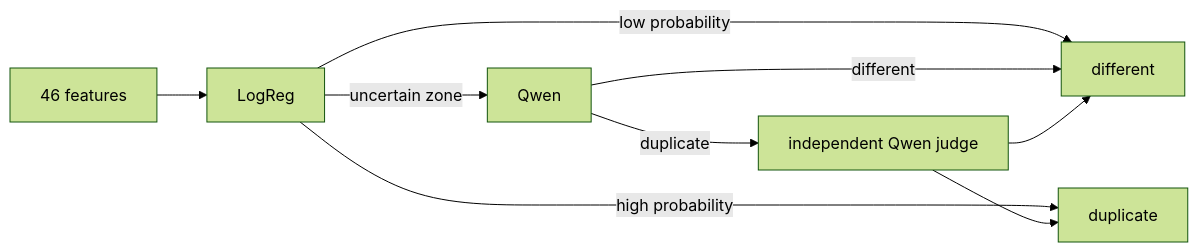
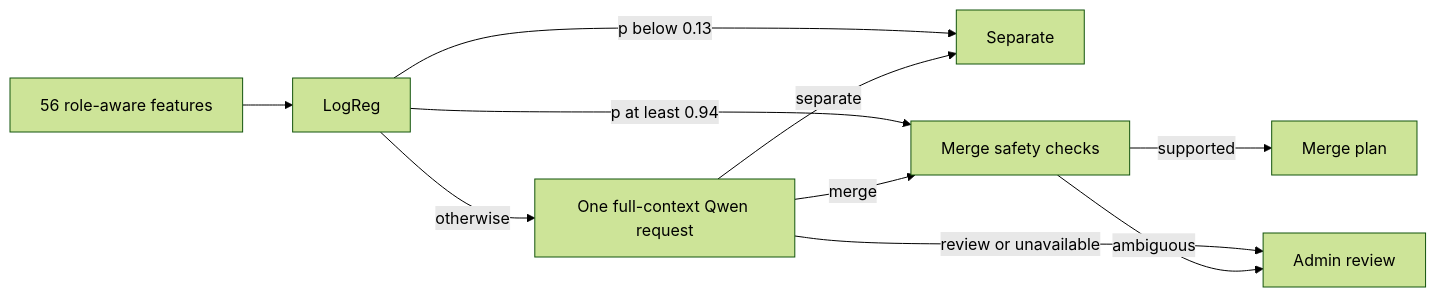
One commit to ITMO-NSS-team/PAUK changed the diagram in docs/architecture/pipeline/dedup.md. Above: the diagram before and after it, drawn with Mermaid (forest theme). The commit also changed other lines of this file and 48 other files, not shown here.

````diff
--- a/docs/architecture/pipeline/dedup.md
+++ b/docs/architecture/pipeline/dedup.md
@@ -77,11 +77,12 @@
 ```mermaid
 flowchart LR
-    A[46 features] --> B[LogReg]
-    B -->|low probability| C[different]
-    B -->|high probability| D[duplicate]
-    B -->|uncertain zone| E[Qwen]
-    E -->|different| C
-    E -->|duplicate| F[independent Qwen judge]
-    F --> C
-    F --> D
+    A[56 role-aware features] --> B[LogReg]
+    B -->|p below 0.13| C[Separate]
+    B -->|p at least 0.94| D[Merge safety checks]
+    B -->|otherwise| E[One full-context Qwen request]
+    E -->|merge| D
+    E -->|separate| C
+    E -->|review or unavailable| F[Admin review]
+    D -->|supported| G[Merge plan]
+    D -->|ambiguous| F
 ```
````
